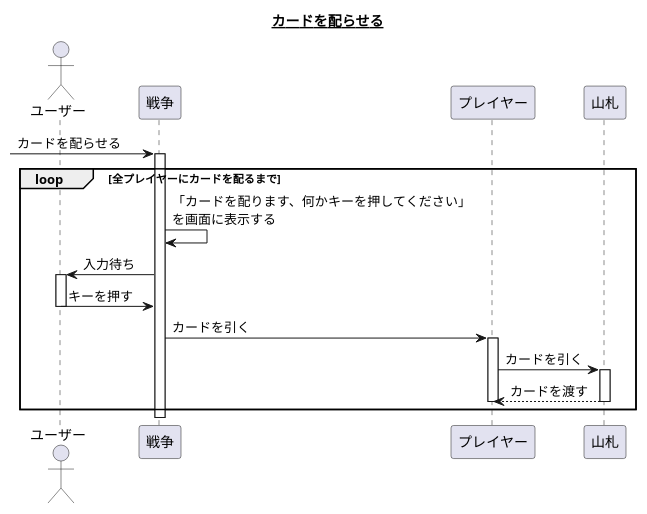
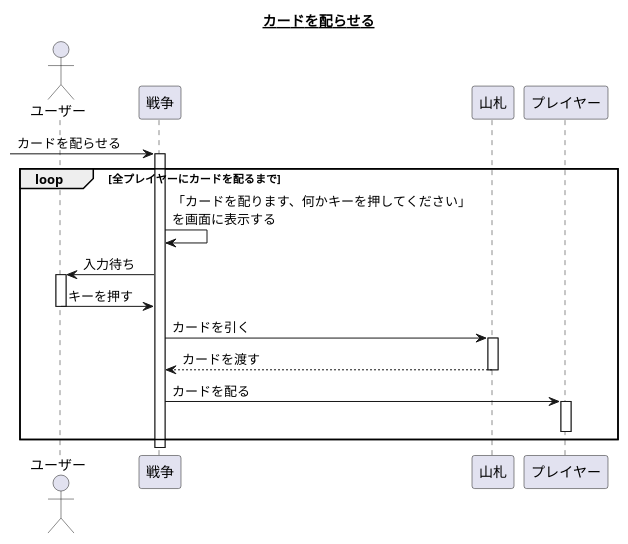
The seventh of 10 diagrams in uml/CardGame/doc/design.md (hachimitu22/study), drawn with PlantUML before and after one commit. The commit also changed other lines of this file, not shown here.

Commit message:
クラス図を複数人で遊べるように修正

````diff
--- a/uml/CardGame/doc/design.md
+++ b/uml/CardGame/doc/design.md
@@ -290,28 +290,28 @@
 ```plantuml
 @startuml
 
 title __カードを配らせる__
 
 actor ユーザー
 
 [-> 戦争 : カードを配らせる
 activate 戦争
 
 loop 全プレイヤーにカードを配るまで
   戦争 -> 戦争 : 「カードを配ります、何かキーを押してください」\nを画面に表示する
   ユーザー <- 戦争 : 入力待ち
   activate ユーザー
   ユーザー -> 戦争 : キーを押す
   deactivate ユーザー
 
-  戦争 -> プレイヤー : カードを引く
+  戦争 -> 山札 : カードを引く
+  activate 山札
+  戦争 <-- 山札 : カードを渡す
+  deactivate 山札
+  戦争 -> プレイヤー : カードを配る
   activate プレイヤー
-  プレイヤー -> 山札 : カードを引く
-  activate 山札
-  プレイヤー <-- 山札 : カードを渡す
-  deactivate 山札
   deactivate プレイヤー
 end
 
 @enduml
 ```
````
